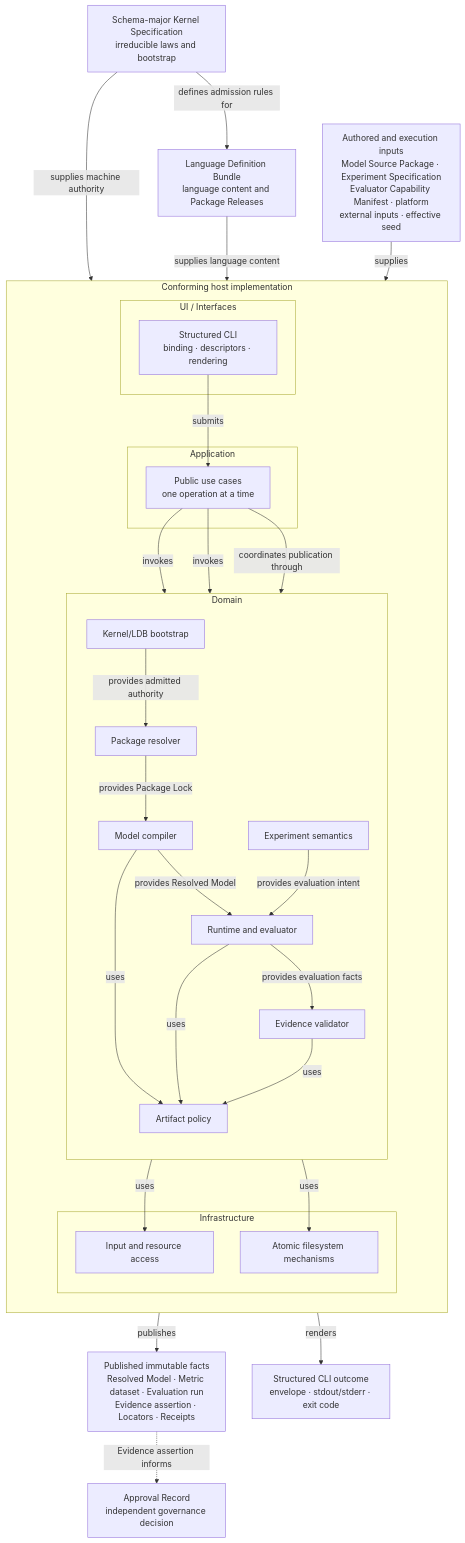
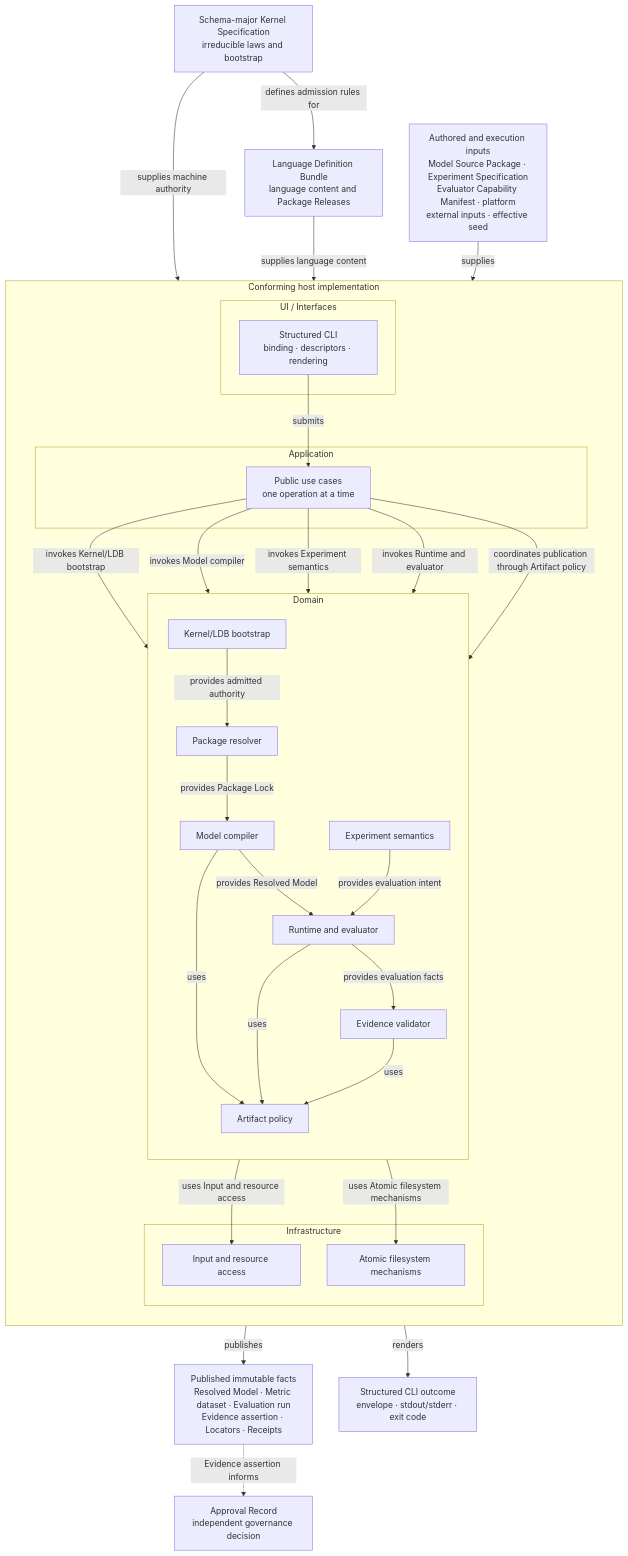
Before and after one commit to aigengame/godot-agent: the first of 3 diagrams in libs/gda-balancing/docs/ARCHITECTURE.md, drawn with Mermaid. The commit also changed other lines of this file, not shown here.

Commit message:
docs(gda-balancing): correct host subsystem flow
Show direct Application calls to the Model compiler and Runtime evaluator. Use exact subsystem names on cross-layer edges and limit the documented inventory to major subsystems.

````diff
--- a/libs/gda-balancing/docs/ARCHITECTURE.md
+++ b/libs/gda-balancing/docs/ARCHITECTURE.md
@@ -143,59 +143,61 @@
 ```mermaid
 flowchart TB
     K["Schema-major Kernel Specification<br/>irreducible laws and bootstrap"]
     L["Language Definition Bundle<br/>language content and Package Releases"]
     H["Authored and execution inputs<br/>Model Source Package · Experiment Specification<br/>Evaluator Capability Manifest · platform<br/>external inputs · effective seed"]
 
     K -->|"defines admission rules for"| L
 
     subgraph HOST["Conforming host implementation"]
         direction TB
         subgraph UI["UI / Interfaces"]
             U["Structured CLI<br/>binding · descriptors · rendering"]
         end
         subgraph APP["Application"]
             A["Public use cases<br/>one operation at a time"]
         end
         subgraph DOM["Domain"]
             direction TB
             B["Kernel/LDB bootstrap"]
             P["Package resolver"]
             C["Model compiler"]
             X["Experiment semantics"]
             R["Runtime and evaluator"]
             V["Evidence validator"]
             Q["Artifact policy"]
 
             B -->|"provides admitted authority"| P
             P -->|"provides Package Lock"| C
             C -->|"provides Resolved Model"| R
             X -->|"provides evaluation intent"| R
             R -->|"provides evaluation facts"| V
             C -->|uses| Q
             R -->|uses| Q
             V -->|uses| Q
         end
         subgraph INF["Infrastructure"]
             I["Input and resource access"]
             F["Atomic filesystem mechanisms"]
         end
 
         U -->|submits| A
-        A -->|invokes| B
-        A -->|invokes| X
-        A -->|"coordinates publication through"| Q
-        B -->|uses| I
-        Q -->|uses| F
+        A -->|"invokes Kernel/LDB bootstrap"| B
+        A -->|"invokes Model compiler"| C
+        A -->|"invokes Experiment semantics"| X
+        A -->|"invokes Runtime and evaluator"| R
+        A -->|"coordinates publication through Artifact policy"| Q
+        B -->|"uses Input and resource access"| I
+        Q -->|"uses Atomic filesystem mechanisms"| F
     end
 
     O["Published immutable facts<br/>Resolved Model · Metric dataset · Evaluation run<br/>Evidence assertion · Locators · Receipts"]
     S["Structured CLI outcome<br/>envelope · stdout/stderr · exit code"]
     G["Approval Record<br/>independent governance decision"]
 
     K -->|"supplies machine authority"| B
     L -->|"supplies language content"| B
     H -->|supplies| U
     Q -->|publishes| O
     U -->|renders| S
     O -. "Evidence assertion informs" .-> G
 ```
````
